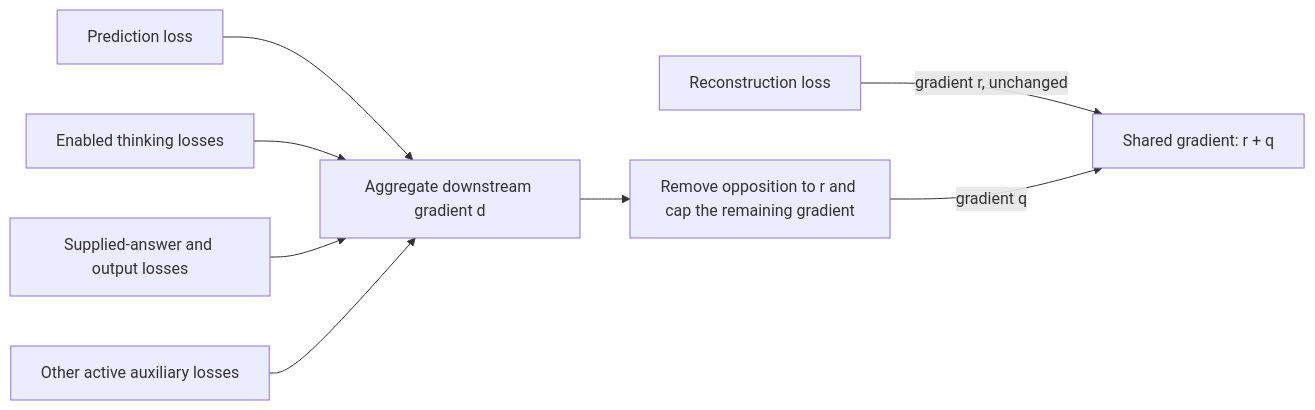
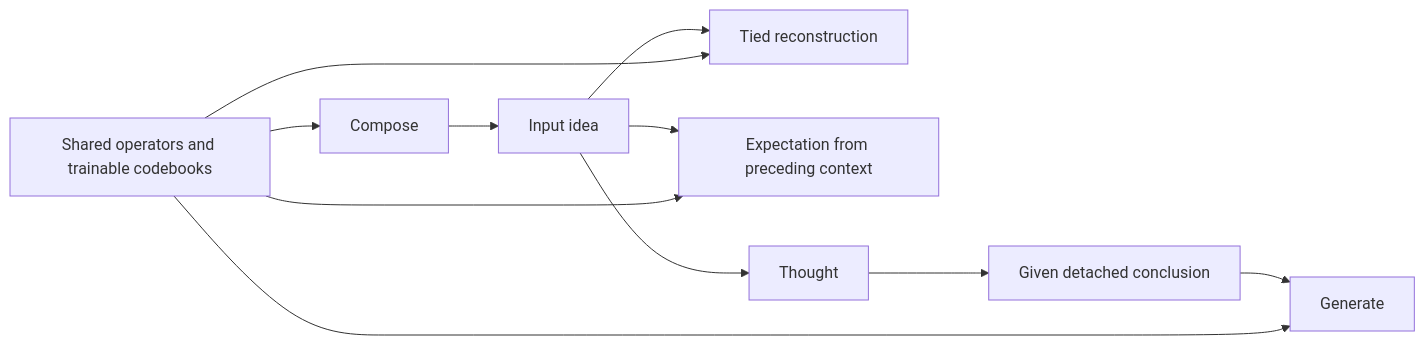
Before and after one commit to arborrhythms/BasicModel: the diagram in doc/GradientFlow.md, drawn with Mermaid. The commit also changed other lines of this file and 37 other files, not shown here.

````diff
--- a/doc/GradientFlow.md
+++ b/doc/GradientFlow.md
@@ -139,10 +30,13 @@
 ```mermaid
 flowchart LR
-    R[Reconstruction loss] -->|gradient r, unchanged| J[Shared gradient: r + q]
-    P[Prediction loss] --> D[Aggregate downstream gradient d]
-    T[Enabled thinking losses] --> D
-    O[Supplied-answer and output losses] --> D
-    A[Other active auxiliary losses] --> D
-    D --> Q[Remove opposition to r and cap the remaining gradient]
-    Q -->|gradient q| J
+    C[Compose] --> I[Input idea]
+    I --> R[Tied reconstruction]
+    I --> E[Expectation from preceding context]
+    I --> T[Thought]
+    T --> D[Given detached conclusion]
+    D --> G[Generate]
+    W[Shared operators and trainable codebooks] --> C
+    W --> R
+    W --> E
+    W --> G
 ```
````
